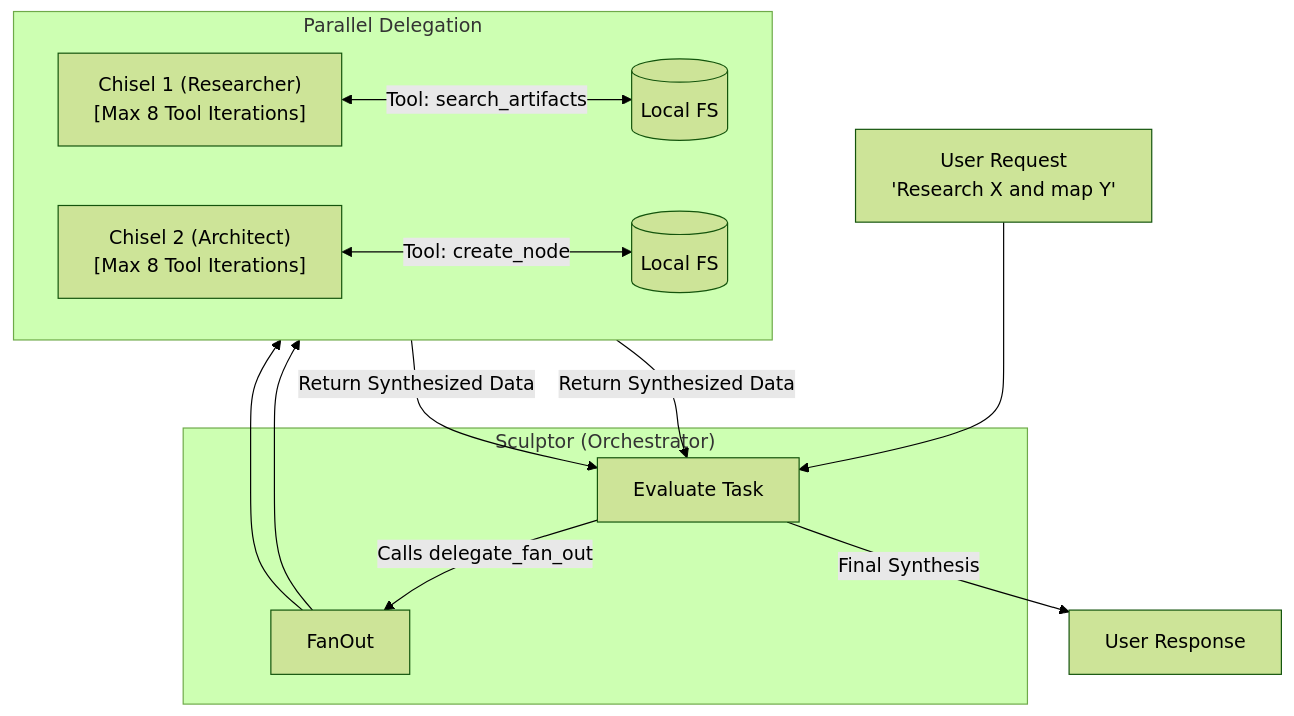
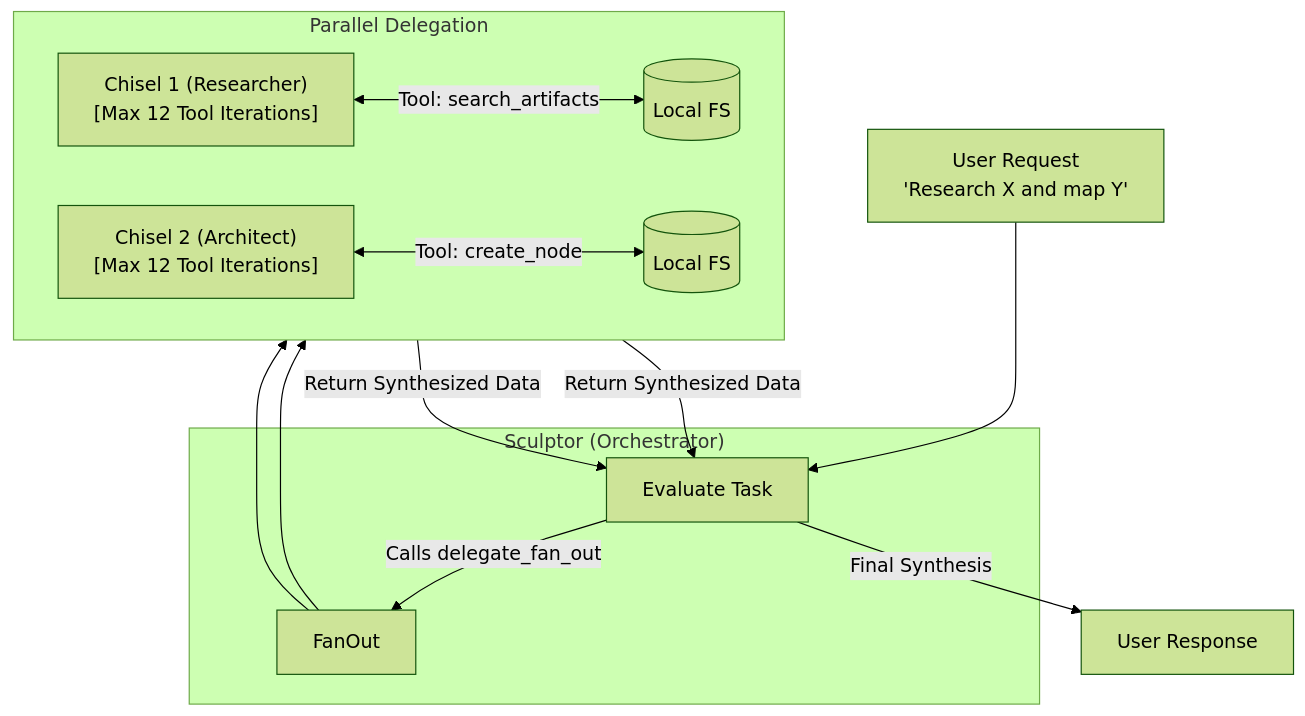
Before and after one commit to 7368697661/rhyolite: the fourth of 7 diagrams in README.md, drawn with Mermaid (forest theme). The commit also changed other lines of this file and 79 other files, not shown here.

````diff
--- a/README.md
+++ b/README.md
@@ -220,21 +425,21 @@
 ```mermaid
 flowchart TD
     User["User Request<br/>'Research X and map Y'"] --> Sculptor
     
     subgraph Outer_Loop ["Sculptor (Orchestrator)"]
         Sculptor["Evaluate Task"]
         Sculptor -->|Calls delegate_fan_out| FanOut
     end
     
     subgraph Inner_Loops ["Parallel Delegation"]
         direction LR
-        FanOut --> Chisel1["Chisel 1 (Researcher)<br/>[Max 8 Tool Iterations]"]
-        FanOut --> Chisel2["Chisel 2 (Architect)<br/>[Max 8 Tool Iterations]"]
+        FanOut --> Chisel1["Chisel 1 (Researcher)<br/>[Max 12 Tool Iterations]"]
+        FanOut --> Chisel2["Chisel 2 (Architect)<br/>[Max 12 Tool Iterations]"]
         
         Chisel1 <-->|Tool: search_artifacts| FS1[(Local FS)]
         Chisel2 <-->|Tool: create_node| FS2[(Local FS)]
     end
     
     Chisel1 & Chisel2 -->|Return Synthesized Data| Sculptor
     Sculptor -->|Final Synthesis| Response["User Response"]
 ```
````
